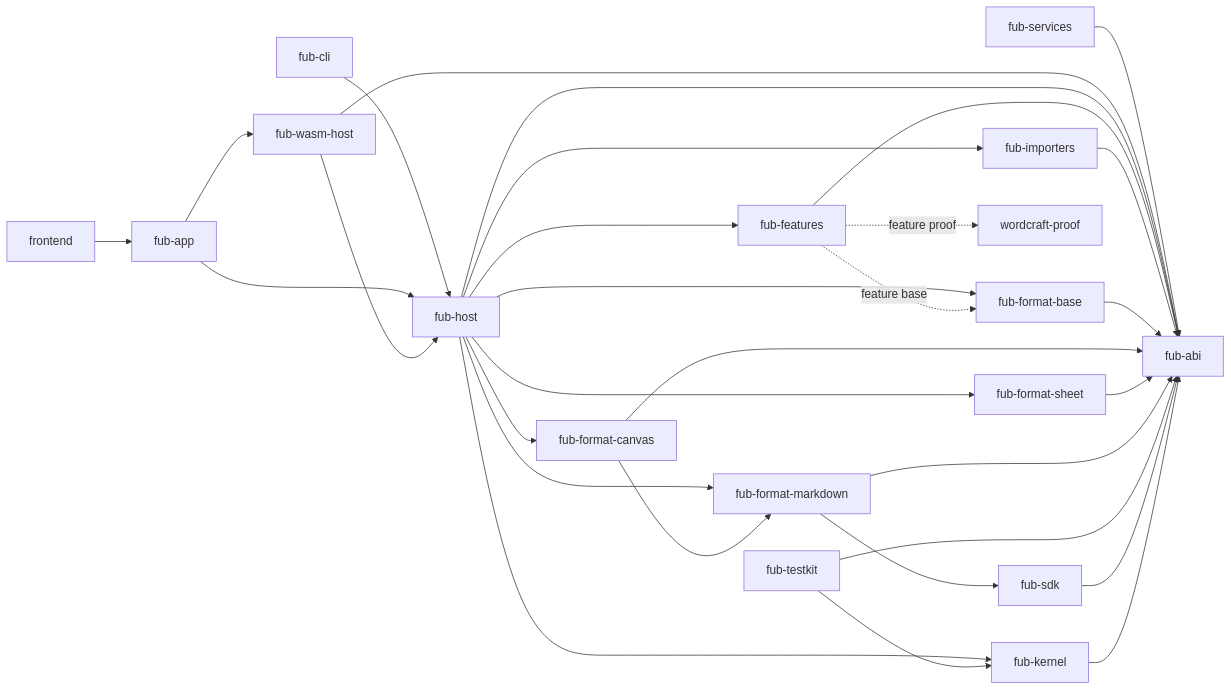
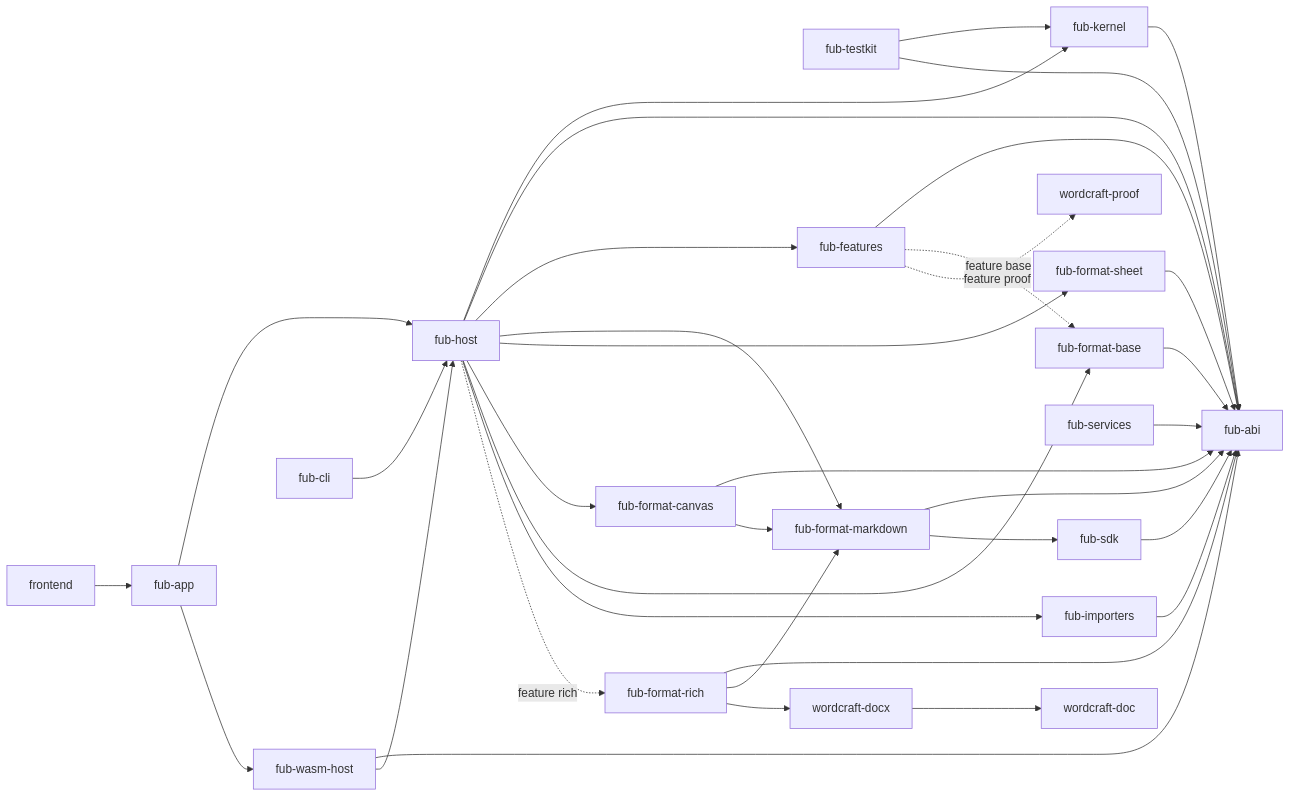
One commit to Fubeo/Fub changed the diagram in docs/architecture/components-and-boundaries.md. Above: the diagram before and after it, drawn with Mermaid. The commit also changed other lines of this file and 7 other files, not shown here.

````diff
--- a/docs/architecture/components-and-boundaries.md
+++ b/docs/architecture/components-and-boundaries.md
@@ -9,34 +9,39 @@
 ```mermaid
 flowchart LR
     ABI["fub-abi"]
     KERNEL["fub-kernel"] --> ABI
     SDK["fub-sdk"] --> ABI
     TESTKIT["fub-testkit"] --> KERNEL
     TESTKIT --> ABI
     MARKDOWN["fub-format-markdown"] --> ABI
     MARKDOWN --> SDK
     SHEET["fub-format-sheet"] --> ABI
     CANVAS["fub-format-canvas"] --> ABI
     CANVAS --> MARKDOWN
     BASE["fub-format-base"] --> ABI
+    RICH["fub-format-rich"] --> ABI
+    RICH --> MARKDOWN
+    WDOCX["wordcraft-docx"] --> WDOC["wordcraft-doc"]
+    RICH --> WDOCX
     IMPORTERS["fub-importers"] --> ABI
     FEATURES["fub-features"] --> ABI
     FEATURES -. "feature base" .-> BASE
     PROOF["wordcraft-proof"]
     FEATURES -. "feature proof" .-> PROOF
     HOST["fub-host"] --> KERNEL
     HOST --> ABI
     HOST --> FEATURES
     HOST --> MARKDOWN
     HOST --> SHEET
     HOST --> CANVAS
     HOST --> BASE
     HOST --> IMPORTERS
+    HOST -. "feature rich" .-> RICH
     WASM["fub-wasm-host"] --> ABI
     WASM --> HOST
     APP["fub-app"] --> HOST
     APP --> WASM
     CLI["fub-cli"] --> HOST
     SERVICES["fub-services"] --> ABI
     FRONTEND["frontend"] --> APP
 ```
````
